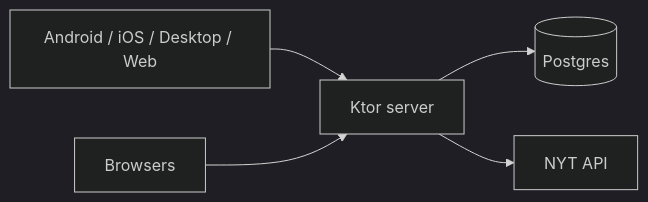
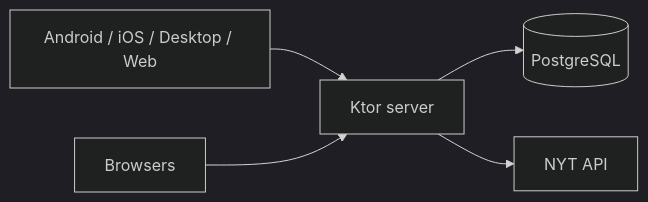
One commit to rks369/one-feed changed the diagram in README.md. Above: the diagram before and after it, drawn with Mermaid (dark theme). The commit also changed other lines of this file and 2 other files, not shown here.

````diff
--- a/README.md
+++ b/README.md
@@ -15,7 +15,7 @@
 ```mermaid
 flowchart LR
     apps["Android / iOS / Desktop / Web"] --> server["Ktor server"]
     browsers["Browsers"] --> server
-    server --> db[("Postgres")]
+    server --> db[("PostgreSQL")]
     server --> nyt["NYT API"]
 ```
````
